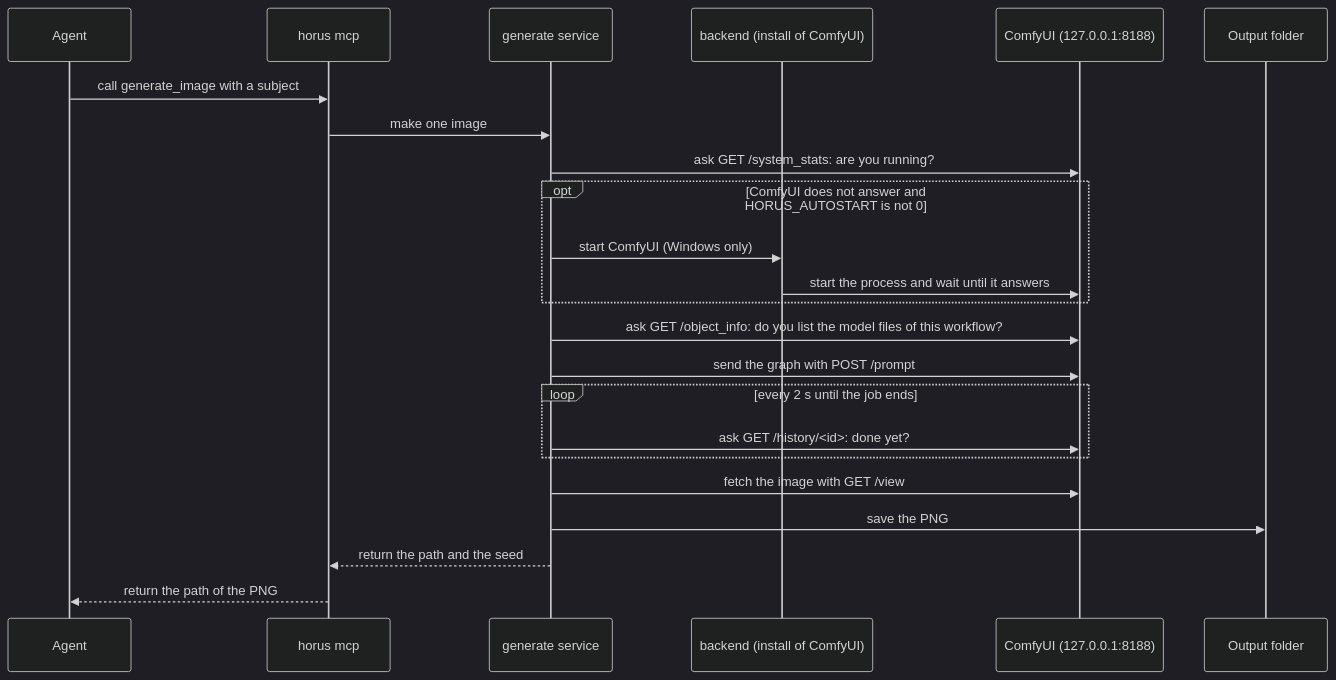
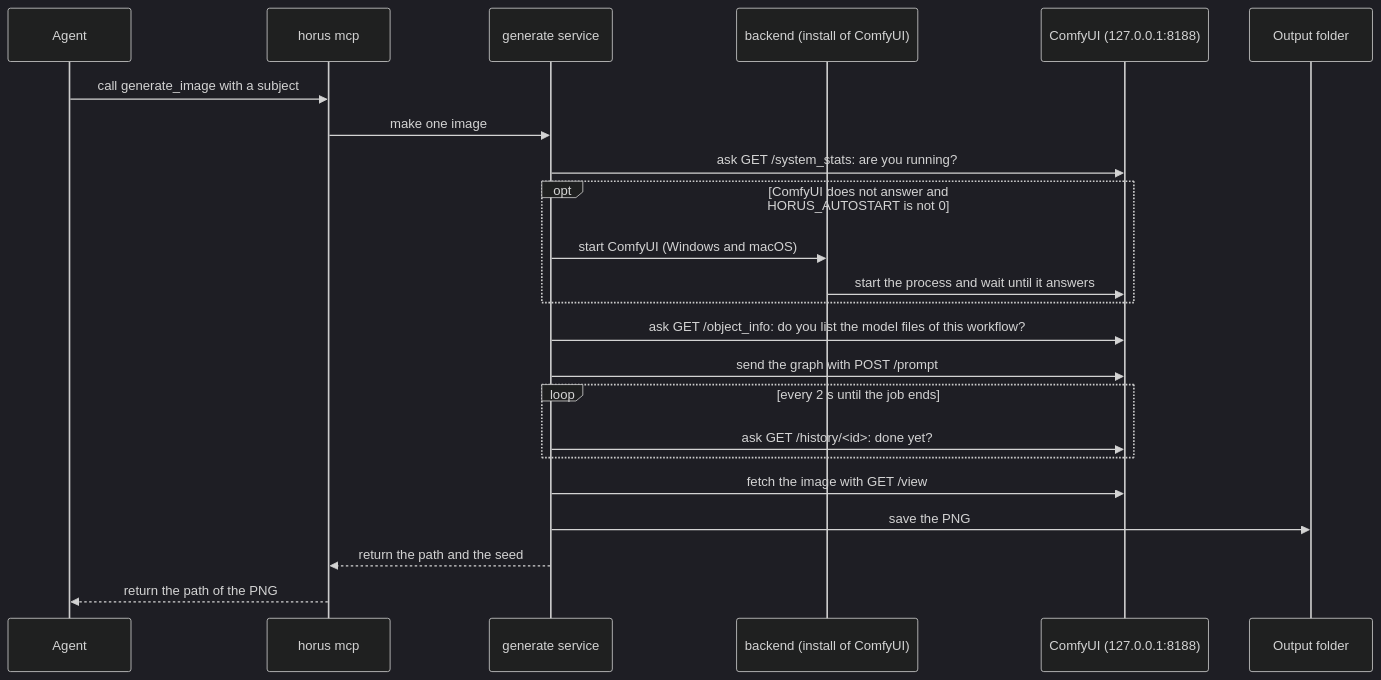
One commit to hieplam/horus changed the third of 3 diagrams in docs/mcp.md. Above: the diagram before and after it, drawn with Mermaid (dark theme). The commit also changed other lines of this file and 13 other files, not shown here.

First line of the commit message:
docs(setup): one setup page for Windows and macOS (#106) (#120)

````diff
--- a/docs/mcp.md
+++ b/docs/mcp.md
@@ -83,25 +83,25 @@
 ```mermaid
 sequenceDiagram
   participant A as Agent
   participant S as horus mcp
   participant G as generate service
   participant B as backend (install of ComfyUI)
   participant C as ComfyUI (127.0.0.1:8188)
   participant F as Output folder
   A->>S: call generate_image with a subject
   S->>G: make one image
   G->>C: ask GET /system_stats: are you running?
   opt ComfyUI does not answer and HORUS_AUTOSTART is not 0
-    G->>B: start ComfyUI (Windows only)
+    G->>B: start ComfyUI (Windows and macOS)
     B->>C: start the process and wait until it answers
   end
   G->>C: ask GET /object_info: do you list the model files of this workflow?
   G->>C: send the graph with POST /prompt
   loop every 2 s until the job ends
     G->>C: ask GET /history/<id>: done yet?
   end
   G->>C: fetch the image with GET /view
   G->>F: save the PNG
   G-->>S: return the path and the seed
   S-->>A: return the path of the PNG
 ```
````
